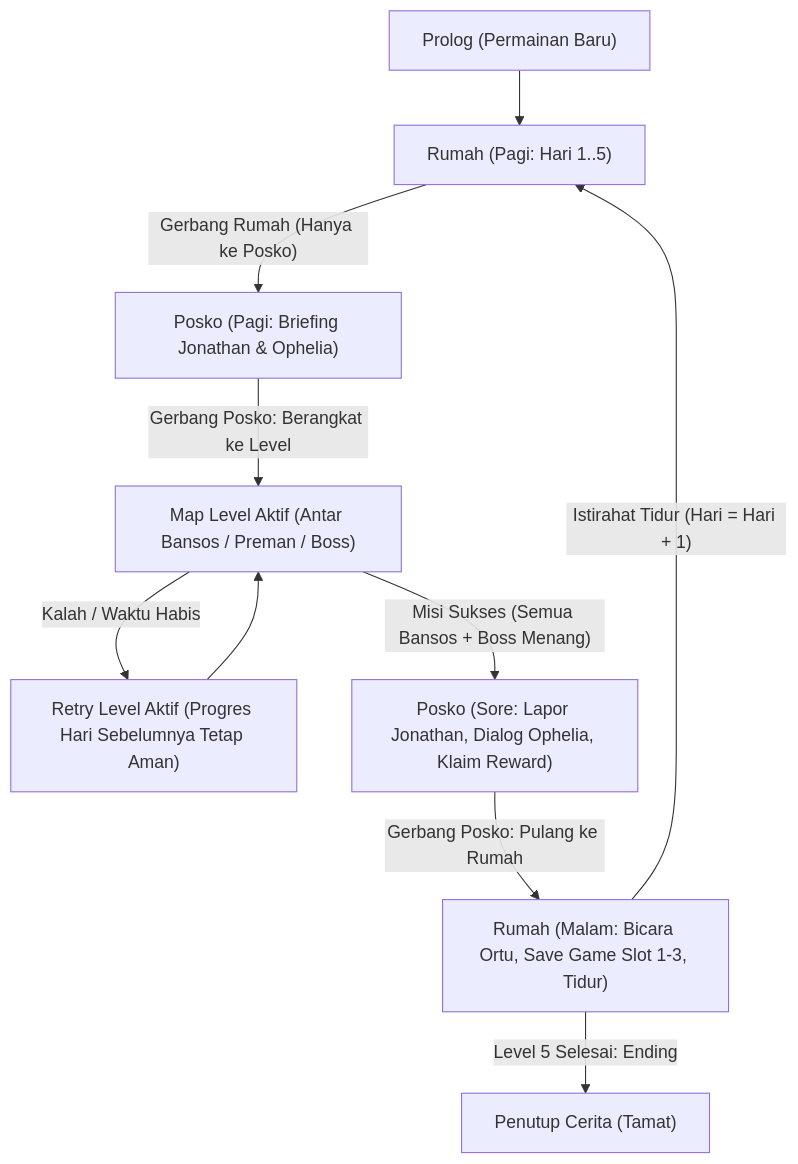
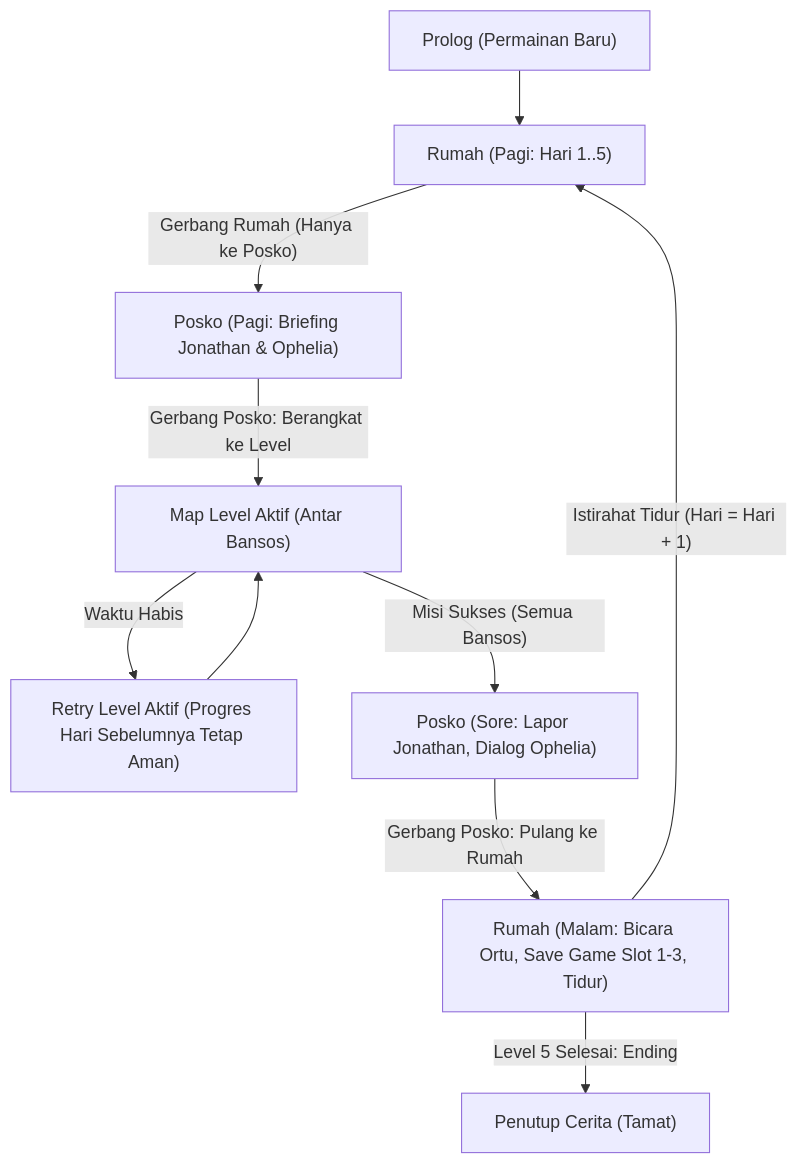
One commit to zaghokun/JejakAsa changed the diagram in docs/r01-kontrak-alur.md. Above: the diagram before and after it, drawn with Mermaid. The commit also changed other lines of this file and 43 other files, not shown here.

````diff
--- a/docs/r01-kontrak-alur.md
+++ b/docs/r01-kontrak-alur.md
@@ -16,12 +16,12 @@
 ```mermaid
 flowchart TD
     Prolog["Prolog (Permainan Baru)"] --> RumahPagi["Rumah (Pagi: Hari 1..5)"]
     RumahPagi -->|"Gerbang Rumah (Hanya ke Posko)"| PoskoBriefing["Posko (Pagi: Briefing Jonathan & Ophelia)"]
-    PoskoBriefing -->|"Gerbang Posko: Berangkat ke Level"| DiLevel["Map Level Aktif (Antar Bansos / Preman / Boss)"]
-    DiLevel -->|"Kalah / Waktu Habis"| RetryLevel["Retry Level Aktif (Progres Hari Sebelumnya Tetap Aman)"]
+    PoskoBriefing -->|"Gerbang Posko: Berangkat ke Level"| DiLevel["Map Level Aktif (Antar Bansos)"]
+    DiLevel -->|"Waktu Habis"| RetryLevel["Retry Level Aktif (Progres Hari Sebelumnya Tetap Aman)"]
     RetryLevel --> DiLevel
-    DiLevel -->|"Misi Sukses (Semua Bansos + Boss Menang)"| PoskoLaporan["Posko (Sore: Lapor Jonathan, Dialog Ophelia, Klaim Reward)"]
+    DiLevel -->|"Misi Sukses (Semua Bansos)"| PoskoLaporan["Posko (Sore: Lapor Jonathan, Dialog Ophelia)"]
     PoskoLaporan -->|"Gerbang Posko: Pulang ke Rumah"| RumahMalam["Rumah (Malam: Bicara Ortu, Save Game Slot 1-3, Tidur)"]
     RumahMalam -->|"Istirahat Tidur (Hari = Hari + 1)"| RumahPagi
     RumahMalam -->|"Level 5 Selesai: Ending"| Tamat["Penutup Cerita (Tamat)"]
 ```
````
